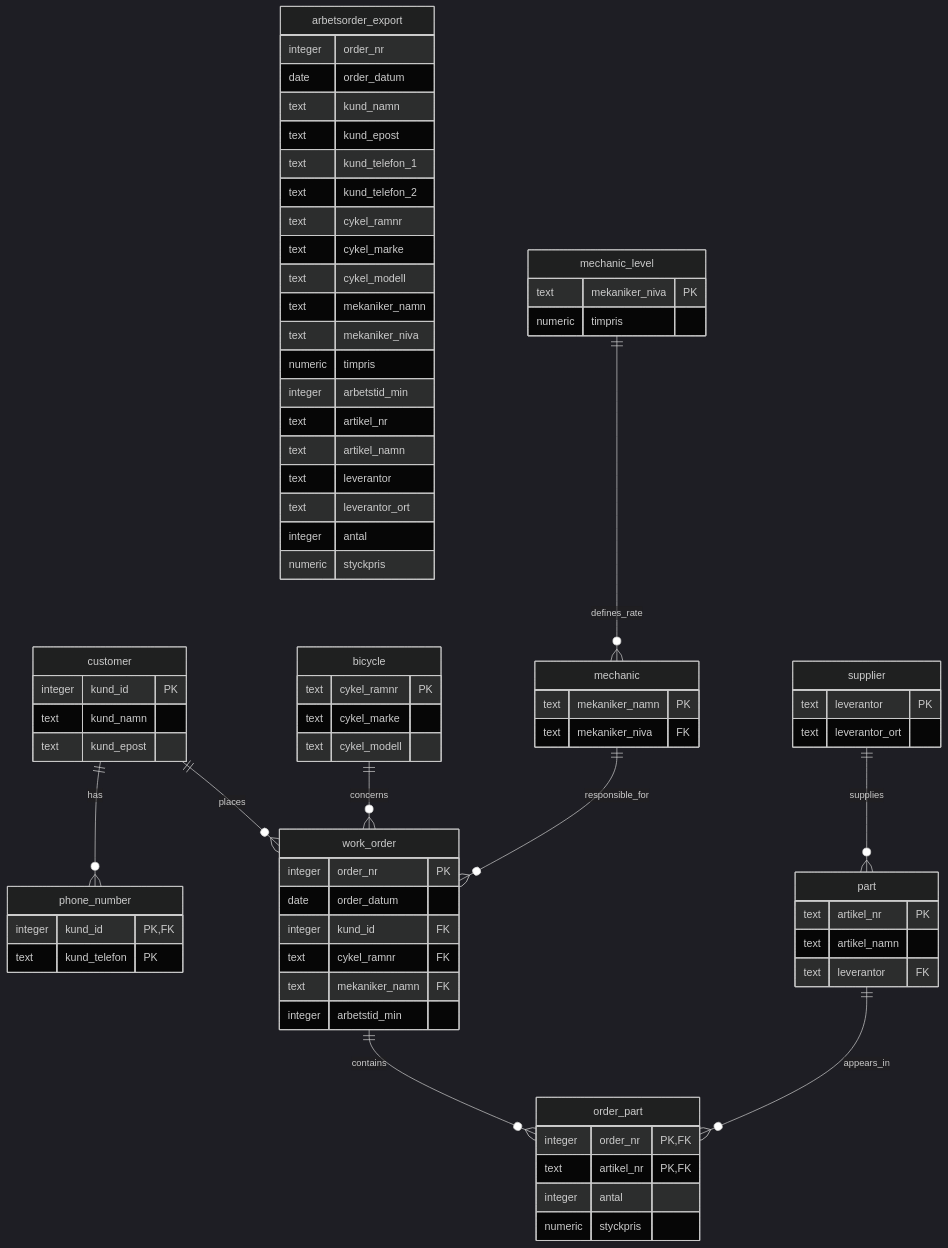
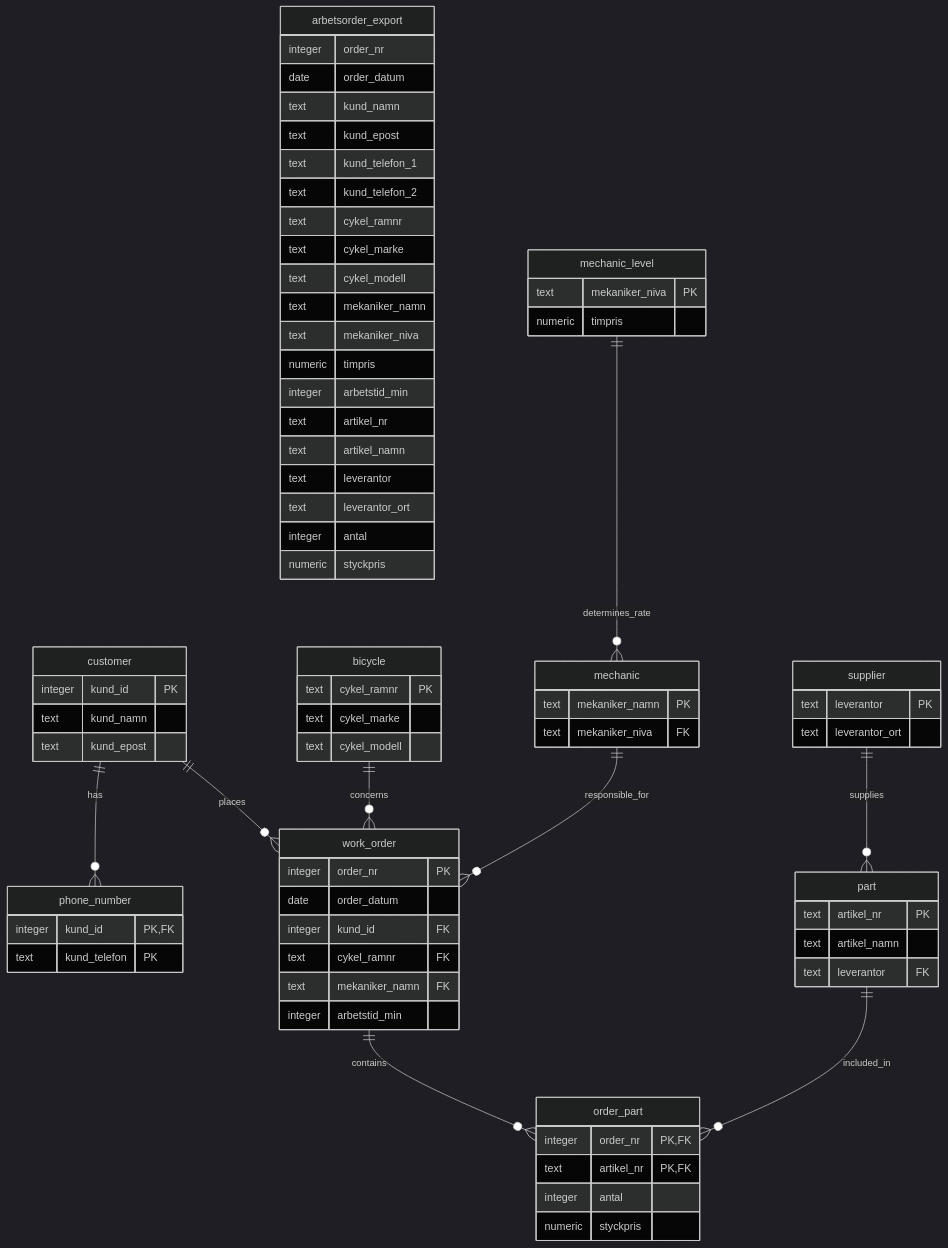
Before and after one commit to Cliveswe/Cykelverkstaden: the diagram in README.md, drawn with Mermaid (dark theme). The commit also changed other lines of this file and 1 other file, not shown here.

````diff
--- a/README.md
+++ b/README.md
@@ -94,8 +95,8 @@
     customer ||--o{ work_order : places
     bicycle ||--o{ work_order : concerns
     mechanic ||--o{ work_order : responsible_for
-    mechanic_level ||--o{ mechanic : defines_rate
+    mechanic_level ||--o{ mechanic : determines_rate
     supplier ||--o{ part : supplies
     work_order ||--o{ order_part : contains
-    part ||--o{ order_part : appears_in
+    part ||--o{ order_part : included_in
 ```
````
